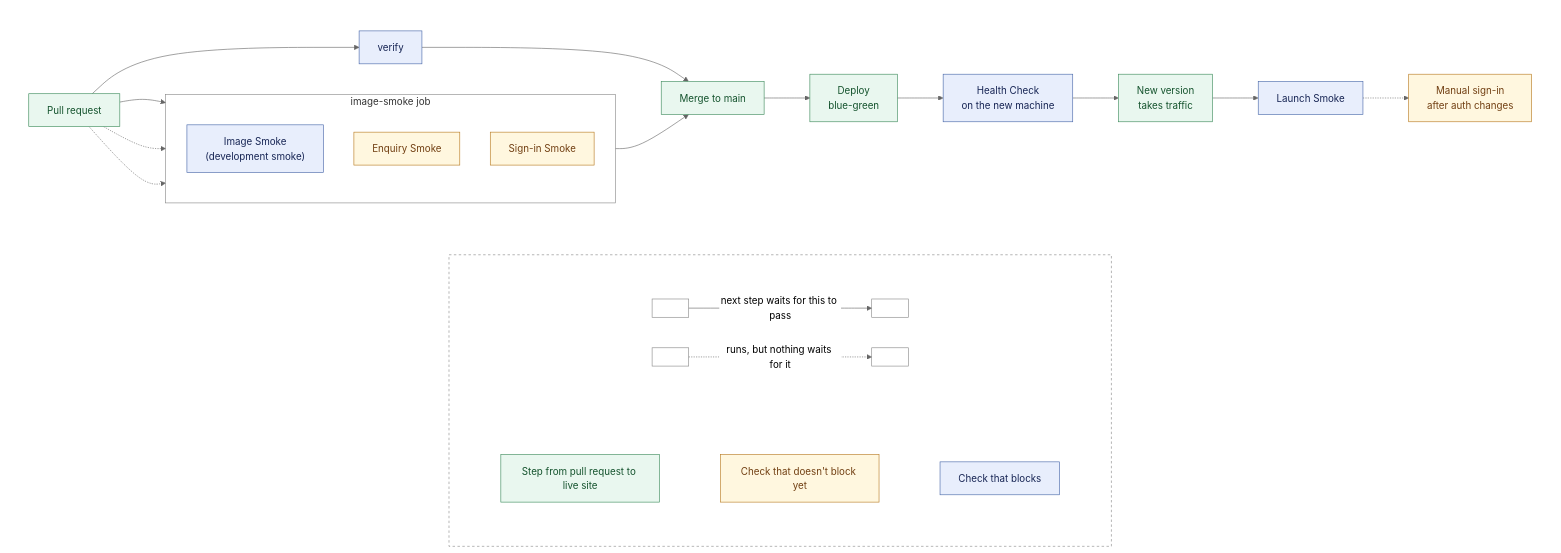
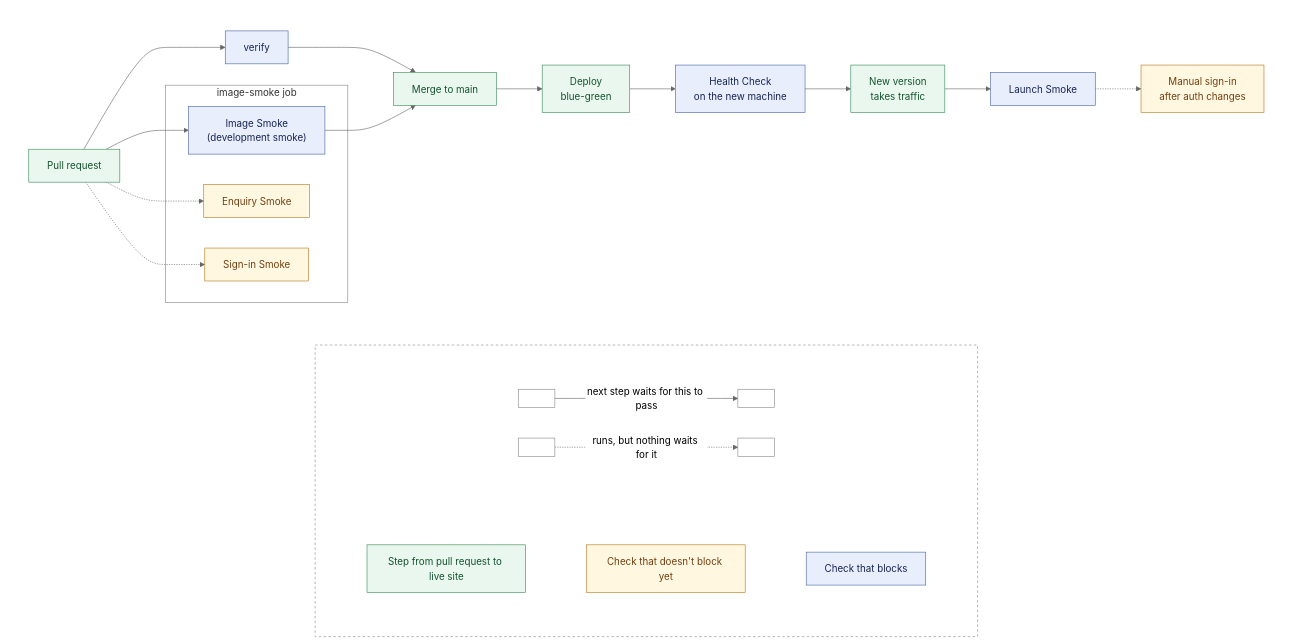
One commit to sumau/welltutored changed the diagram in docs/pipeline.md. Above: the diagram before and after it, drawn with Mermaid (neutral theme). The commit also changed 5 other files, not shown here.

````diff
--- a/docs/pipeline.md
+++ b/docs/pipeline.md
@@ -11,61 +11,60 @@
 ```mermaid
 flowchart TB
   %% From pull request to live site.
   subgraph pipeline[" "]
     direction LR
     pr["Pull request"] --> verify["verify"]
     subgraph imageJob["image-smoke job"]
-      direction TB
       image["Image Smoke<br/>(development smoke)"]
       enquiry["Enquiry Smoke"]
       signIn["Sign-in Smoke"]
     end
     pr --> image
     pr -.-> enquiry
     pr -.-> signIn
     verify --> merge["Merge to main"]
     image --> merge
     merge --> deploy["Deploy<br/>blue-green"]
     deploy --> health["Health Check<br/>on the new machine"]
     health --> live["New version<br/>takes traffic"]
     live --> launch["Launch Smoke"]
     launch -.-> manual["Manual sign-in<br/>after auth changes"]
   end
 
   %% The legend. Links written ~~~ are invisible and only position things.
   subgraph legend[" "]
     direction TB
     subgraph legendArrows[" "]
       direction LR
       keyA[" "] -->|"next step waits for this to pass"| keyB[" "]
       keyC[" "] -.->|"runs, but nothing waits for it"| keyD[" "]
     end
 
     subgraph legendBoxes[" "]
       direction LR
       keyEvent["Step from pull request to live site"]
       keySoft["Check that doesn't block yet"]
       keyGate["Check that blocks"]
       keyEvent ~~~ keySoft ~~~ keyGate
     end
 
     legendArrows ~~~ legendBoxes
   end
 
   pipeline ~~~ legend
 
   classDef gate fill:#e8eefc,stroke:#4666a8,color:#172554
   classDef soft fill:#fff7df,stroke:#b7791f,color:#713f12
   classDef event fill:#e9f7ef,stroke:#3b8a5a,color:#14532d
   classDef blank fill:none,stroke:#888,color:#888
   class verify,image,health,launch,keyGate gate
   class enquiry,signIn,manual,keySoft soft
   class pr,merge,deploy,live,keyEvent event
   class keyA,keyB,keyC,keyD blank
 
   style pipeline fill:none,stroke:none
   style imageJob fill:none,stroke:#888
   style legend fill:none,stroke:#888,stroke-dasharray:4
   style legendArrows fill:none,stroke:none
   style legendBoxes fill:none,stroke:none
 ```
````
